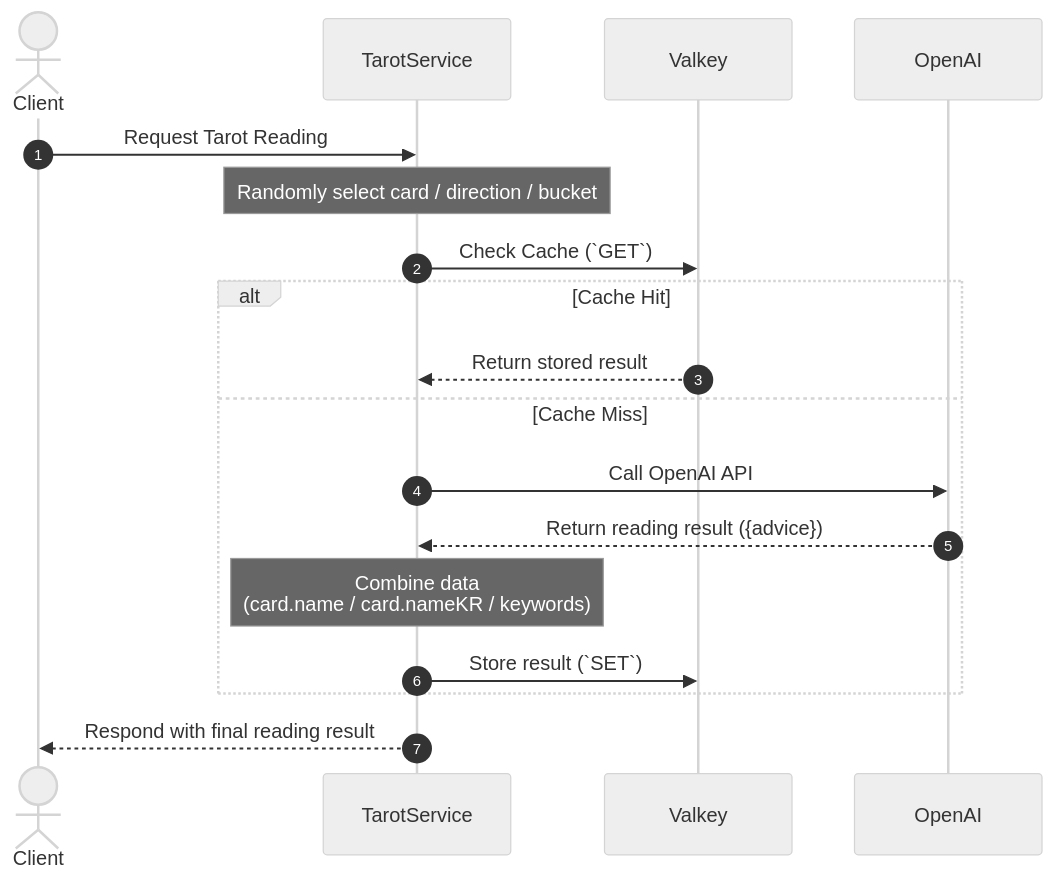
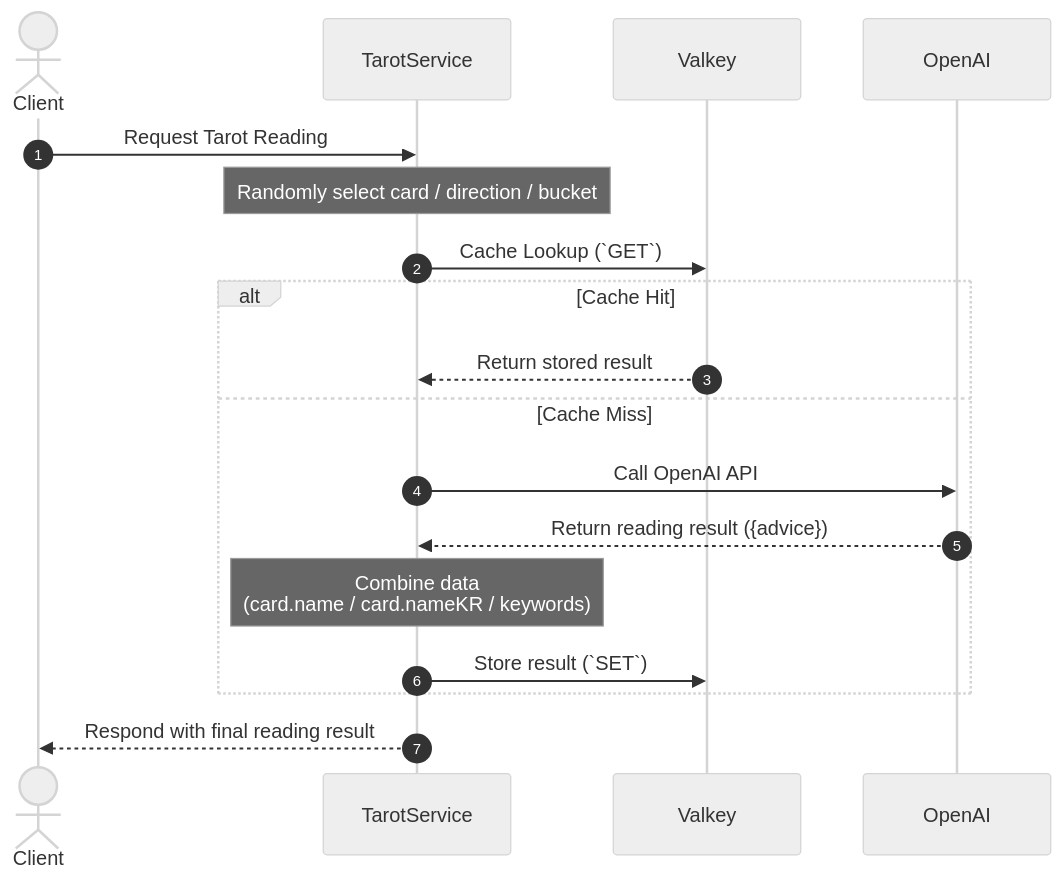
One commit to mandacode-labs/mandacode-devs changed the second of 3 diagrams in src/content/blog/tarot-deep-dive/en.md. Above: the diagram before and after it, drawn with Mermaid (neutral theme). The commit also changed other lines of this file and 28 other files, not shown here.

````diff
--- a/src/content/blog/tarot-deep-dive/en.md
+++ b/src/content/blog/tarot-deep-dive/en.md
@@ -61,26 +58,25 @@
 ```mermaid
 sequenceDiagram
     autonumber
 
     actor Client as Client
     participant Service as TarotService
     participant Cache as Valkey
     participant AI as OpenAI
 
     Client->>Service: Request Tarot Reading
     Note over Service: Randomly select card / direction / bucket
 
-    Service->>Cache: Check Cache (`GET`)
+    Service->>Cache: Cache Lookup (`GET`)
 
     alt Cache Hit
         Cache-->>Service: Return stored result
     else Cache Miss
         Service->>AI: Call OpenAI API
         AI-->>Service: Return reading result ({advice})
         Note over Service: Combine data<br/>(card.name / card.nameKR / keywords)
         Service->>Cache: Store result (`SET`)
     end
 
     Service-->>Client: Respond with final reading result
-
 ```
````
